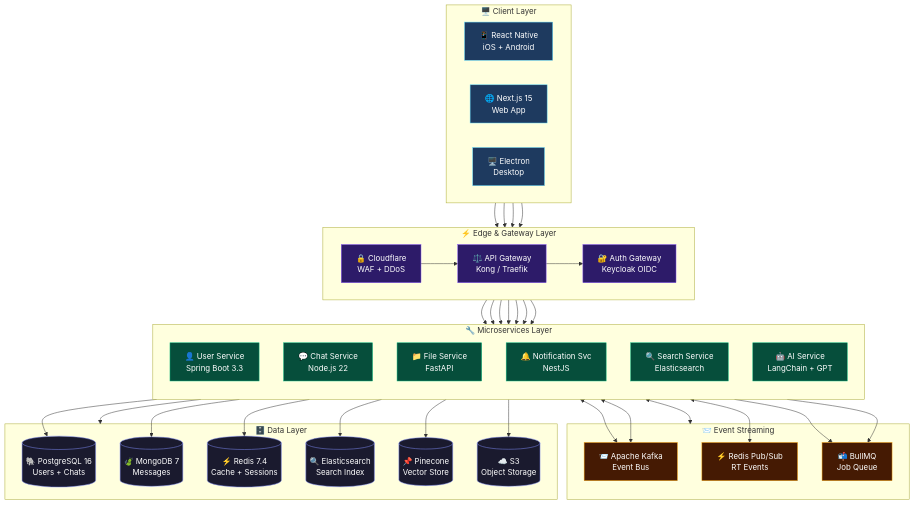
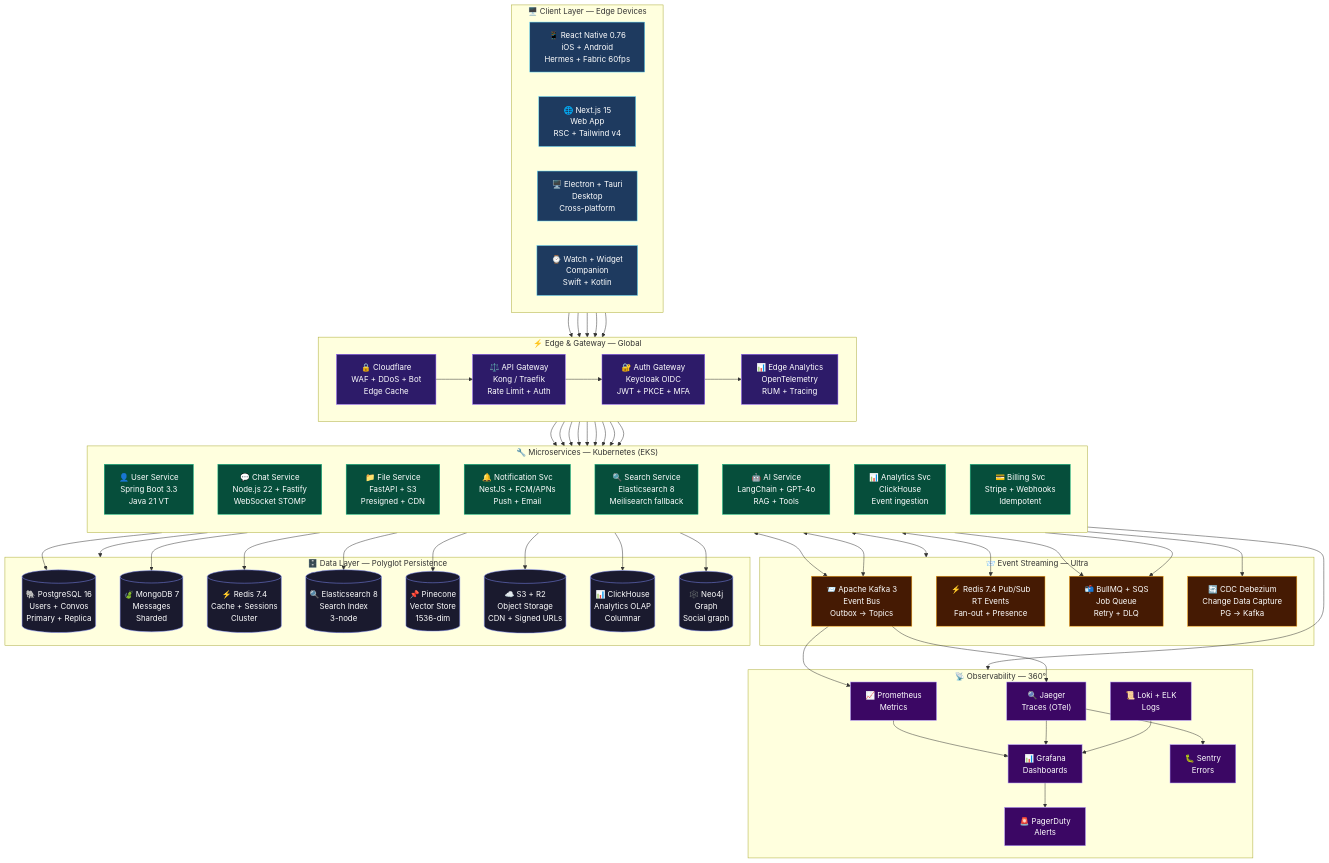
Before and after one commit to Ayesh2929/Ayesh2929: diagram 16 of 21 in README.md, drawn with Mermaid. The commit also changed other lines of this file, not shown here.

Commit message:
feat: ULTRA MAX v10.0 Quantum RAW — deep secret vault + character universe + object gallery + 12-chart telemetry + advance design

````diff
--- a/README.md
+++ b/README.md
@@ -849,72 +1664,98 @@
 ```mermaid
 graph TB
-    subgraph Client["🖥️ Client Layer"]
+    subgraph Client["🖥️ Client Layer — Edge Devices"]
         direction LR
-        A1["📱 React Native\niOS + Android"]
-        A2["🌐 Next.js 15\nWeb App"]
-        A3["🖥️ Electron\nDesktop"]
+        A1["📱 React Native 0.76<br/>iOS + Android<br/>Hermes + Fabric 60fps"]
+        A2["🌐 Next.js 15<br/>Web App<br/>RSC + Tailwind v4"]
+        A3["🖥️ Electron + Tauri<br/>Desktop<br/>Cross-platform"]
+        A4["⌚ Watch + Widget<br/>Companion<br/>Swift + Kotlin"]
     end
 
-    subgraph Edge["⚡ Edge & Gateway Layer"]
+    subgraph Edge["⚡ Edge & Gateway — Global"]
         direction LR
-        B1["🔒 Cloudflare\nWAF + DDoS"]
-        B2["⚖️ API Gateway\nKong / Traefik"]
-        B3["🔐 Auth Gateway\nKeycloak OIDC"]
+        B1["🔒 Cloudflare<br/>WAF + DDoS + Bot<br/>Edge Cache"]
+        B2["⚖️ API Gateway<br/>Kong / Traefik<br/>Rate Limit + Auth"]
+        B3["🔐 Auth Gateway<br/>Keycloak OIDC<br/>JWT + PKCE + MFA"]
+        B4["📊 Edge Analytics<br/>OpenTelemetry<br/>RUM + Tracing"]
     end
 
-    subgraph Services["🔧 Microservices Layer"]
+    subgraph Services["🔧 Microservices — Kubernetes (EKS)"]
         direction TB
-        C1["👤 User Service\nSpring Boot 3.3"]
-        C2["💬 Chat Service\nNode.js 22"]
-        C3["📁 File Service\nFastAPI"]
-        C4["🔔 Notification Svc\nNestJS"]
-        C5["🔍 Search Service\nElasticsearch"]
-        C6["🤖 AI Service\nLangChain + GPT"]
+        C1["👤 User Service<br/>Spring Boot 3.3<br/>Java 21 VT"]
+        C2["💬 Chat Service<br/>Node.js 22 + Fastify<br/>WebSocket STOMP"]
+        C3["📁 File Service<br/>FastAPI + S3<br/>Presigned + CDN"]
+        C4["🔔 Notification Svc<br/>NestJS + FCM/APNs<br/>Push + Email"]
+        C5["🔍 Search Service<br/>Elasticsearch 8<br/>Meilisearch fallback"]
+        C6["🤖 AI Service<br/>LangChain + GPT-4o<br/>RAG + Tools"]
+        C7["📊 Analytics Svc<br/>ClickHouse<br/>Event ingestion"]
+        C8["💳 Billing Svc<br/>Stripe + Webhooks<br/>Idempotent"]
     end
 
-    subgraph Messaging["📨 Event Streaming"]
-        D1["📨 Apache Kafka\nEvent Bus"]
-        D2["⚡ Redis Pub/Sub\nRT Events"]
-        D3["📬 BullMQ\nJob Queue"]
+    subgraph Messaging["📨 Event Streaming — Ultra"]
+        D1["📨 Apache Kafka 3<br/>Event Bus<br/>Outbox → Topics"]
+        D2["⚡ Redis 7.4 Pub/Sub<br/>RT Events<br/>Fan-out + Presence"]
+        D3["📬 BullMQ + SQS<br/>Job Queue<br/>Retry + DLQ"]
+        D4["🔄 CDC Debezium<br/>Change Data Capture<br/>PG → Kafka"]
     end
 
-    subgraph Data["🗄️ Data Layer"]
-        E1[("🐘 PostgreSQL 16\nUsers + Chats")]
-        E2[("🍃 MongoDB 7\nMessages")]
-        E3[("⚡ Redis 7.4\nCache + Sessions")]
-        E4[("🔍 Elasticsearch\nSearch Index")]
-        E5[("📌 Pinecone\nVector Store")]
-        E6[("☁️ S3\nObject Storage")]
+    subgraph Data["🗄️ Data Layer — Polyglot Persistence"]
+        E1[("🐘 PostgreSQL 16<br/>Users + Convos<br/>Primary + Replica")]
+        E2[("🍃 MongoDB 7<br/>Messages<br/>Sharded")]
+        E3[("⚡ Redis 7.4<br/>Cache + Sessions<br/>Cluster")]
+        E4[("🔍 Elasticsearch 8<br/>Search Index<br/>3-node")]
+        E5[("📌 Pinecone<br/>Vector Store<br/>1536-dim")]
+        E6[("☁️ S3 + R2<br/>Object Storage<br/>CDN + Signed URLs")]
+        E7[("📊 ClickHouse<br/>Analytics OLAP<br/>Columnar")]
+        E8[("🕸️ Neo4j<br/>Graph<br/>Social graph")]
+    end
+
+    subgraph Observe["📡 Observability — 360°"]
+        F1["📈 Prometheus<br/>Metrics"]
+        F2["🔍 Jaeger<br/>Traces (OTel)"]
+        F3["📜 Loki + ELK<br/>Logs"]
+        F4["📊 Grafana<br/>Dashboards"]
+        F5["🚨 PagerDuty<br/>Alerts"]
+        F6["🐛 Sentry<br/>Errors"]
     end
 
     Client --> Edge
     Edge --> Services
     Services <--> Messaging
     Services --> Data
+    Services --> Observe
 
-    A1 & A2 & A3 --> B1
-    B1 --> B2 --> B3
-    B3 --> C1 & C2 & C3 & C4 & C5 & C6
+    A1 & A2 & A3 & A4 --> B1
+    B1 --> B2 --> B3 --> B4
+    B3 --> C1 & C2 & C3 & C4 & C5 & C6 & C7 & C8
 
     C1 & C2 <--> D1
     C2 <--> D2
     C3 & C4 --> D3
+    C1 --> D4
 
     C1 --> E1
     C2 --> E2 & E3
     C5 --> E4
     C6 --> E5
     C3 --> E6
+    C7 --> E7
+    C1 --> E8
+
+    D1 --> F1 & F2
+    F1 & F2 & F3 --> F4 --> F5
+    F2 --> F6
 
     classDef client fill:#1e3a5f,stroke:#61DAFB,color:#fff
     classDef edge fill:#2d1b69,stroke:#8b5cf6,color:#fff
     classDef service fill:#064e3b,stroke:#10b981,color:#fff
     classDef messaging fill:#451a03,stroke:#f59e0b,color:#fff
     classDef data fill:#1a1a2e,stroke:#818cf8,color:#fff
+    classDef observe fill:#3b0764,stroke:#a78bfa,color:#fff
 
-    class A1,A2,A3 client
-    class B1,B2,B3 edge
-    class C1,C2,C3,C4,C5,C6 service
-    class D1,D2,D3 messaging
-    class E1,E2,E3,E4,E5,E6 data
+    class A1,A2,A3,A4 client
+    class B1,B2,B3,B4 edge
+    class C1,C2,C3,C4,C5,C6,C7,C8 service
+    class D1,D2,D3,D4 messaging
+    class E1,E2,E3,E4,E5,E6,E7,E8 data
+    class F1,F2,F3,F4,F5,F6 observe
 ```
````
